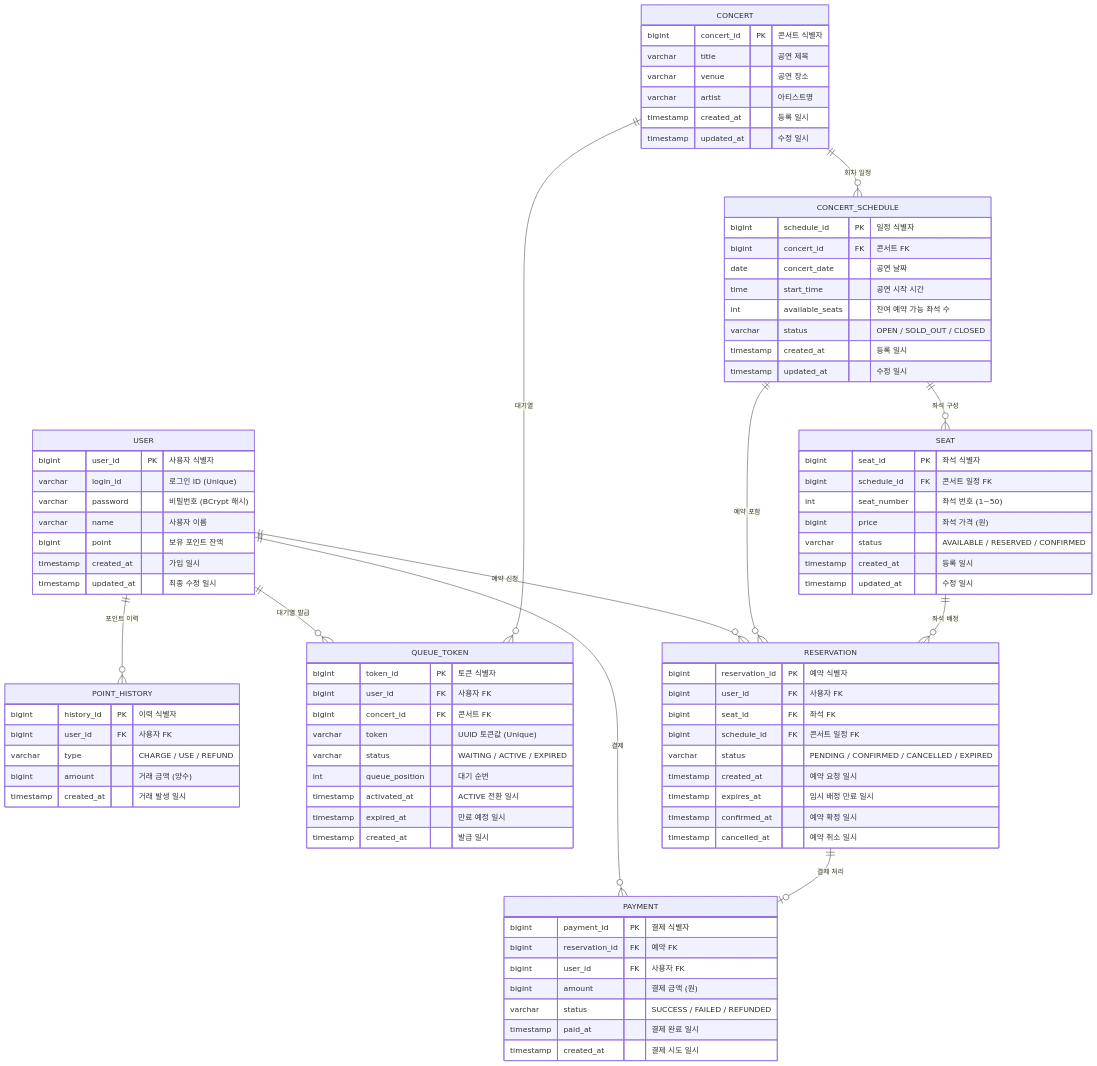
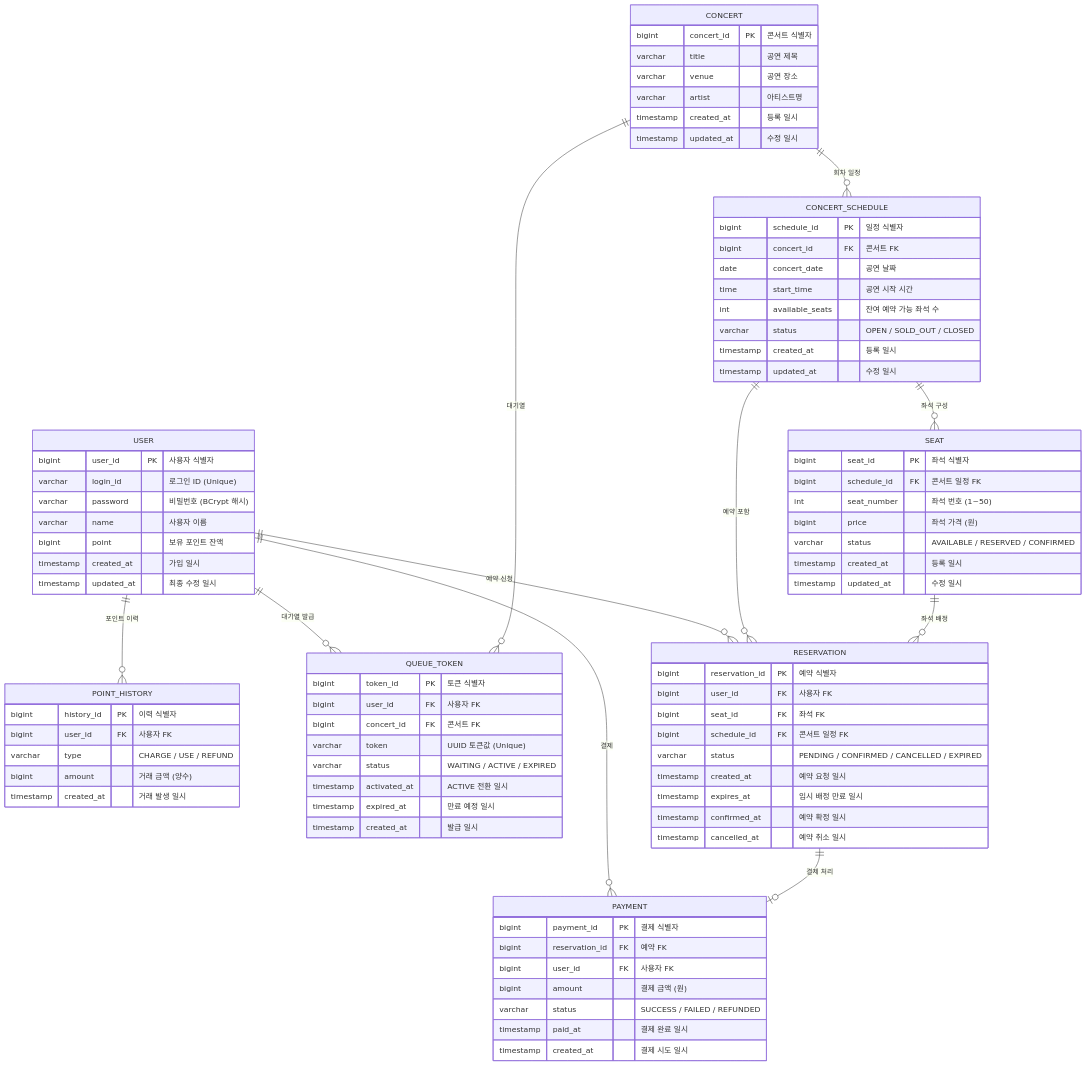
The diagram in docs/erd/erd.md (Jin0207/hhplus-concert-server), drawn with Mermaid before and after one commit. The commit also changed other lines of this file and 3 other files, not shown here.

First line of the commit message:
feat: Queue 도메인 queuePosition 제거 및 토큰 만료 정책 개선

```diff
--- a/docs/erd/erd.md
+++ b/docs/erd/erd.md
@@ -30,7 +30,6 @@
     bigint concert_id FK "콘서트 FK"
     varchar token "UUID 토큰값 (Unique)"
     varchar status "WAITING / ACTIVE / EXPIRED"
-    int queue_position "대기 순번"
     timestamp activated_at "ACTIVE 전환 일시"
     timestamp expired_at "만료 예정 일시"
     timestamp created_at "발급 일시"
```
